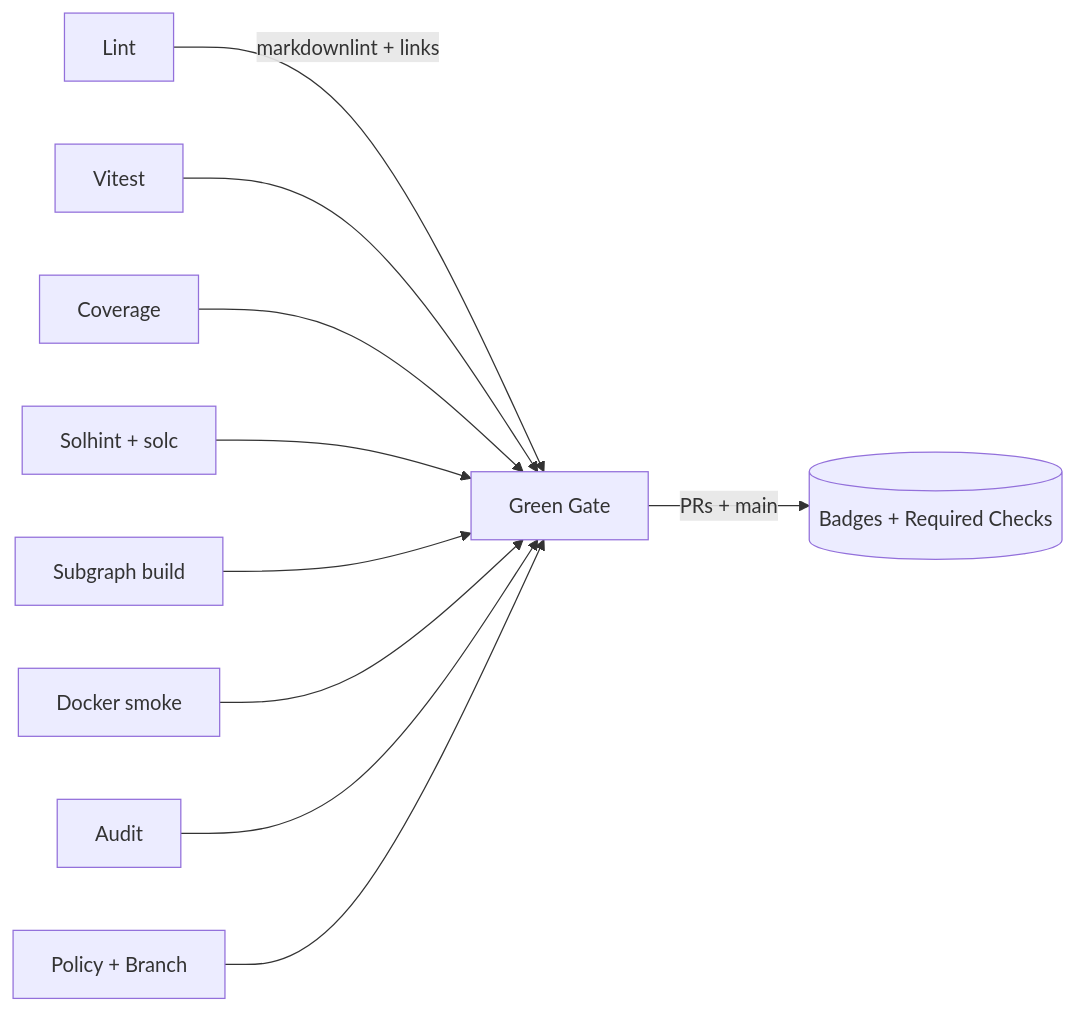
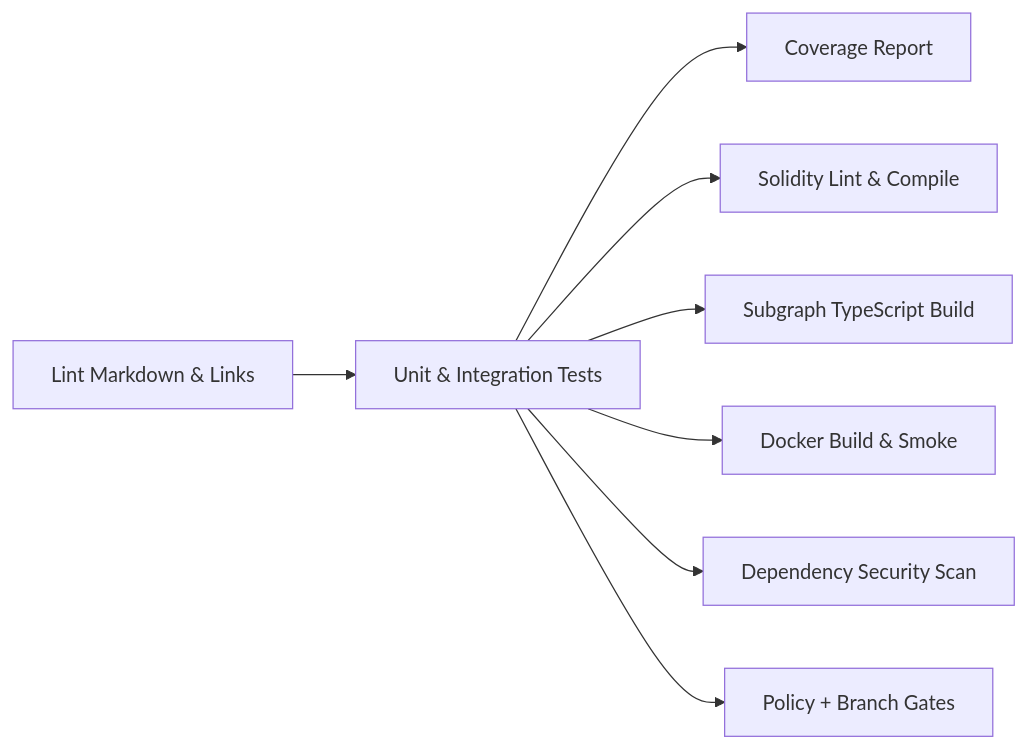
One commit to MontrealAI/AGI-Alpha-Node-v0 changed the sixth of 6 diagrams in README.md. Above: the diagram before and after it, drawn with Mermaid. The commit also changed other lines of this file and 1 other file, not shown here.

Commit message:
Add security scan gate and refresh README

````diff
--- a/README.md
+++ b/README.md
@@ -297,12 +214,10 @@
 ```mermaid
 flowchart LR
-  L[Lint] -->|markdownlint + links| G[Green Gate]
-  T[Vitest] --> G
-  C8[Coverage] --> G
-  S[Solhint + solc] --> G
-  TS[Subgraph build] --> G
-  D[Docker smoke] --> G
-  A[Audit] --> G
-  P[Policy + Branch] --> G
-  G -->|PRs + main| Badge[(Badges + Required Checks)]
+  Lint[Lint Markdown & Links] --> Tests[Unit & Integration Tests]
+  Tests --> Coverage[Coverage Report]
+  Tests --> Sol[Solidity Lint & Compile]
+  Tests --> TS[Subgraph TypeScript Build]
+  Tests --> Docker[Docker Build & Smoke]
+  Tests --> Security[Dependency Security Scan]
+  Tests --> Policy[Policy + Branch Gates]
 ```
````
